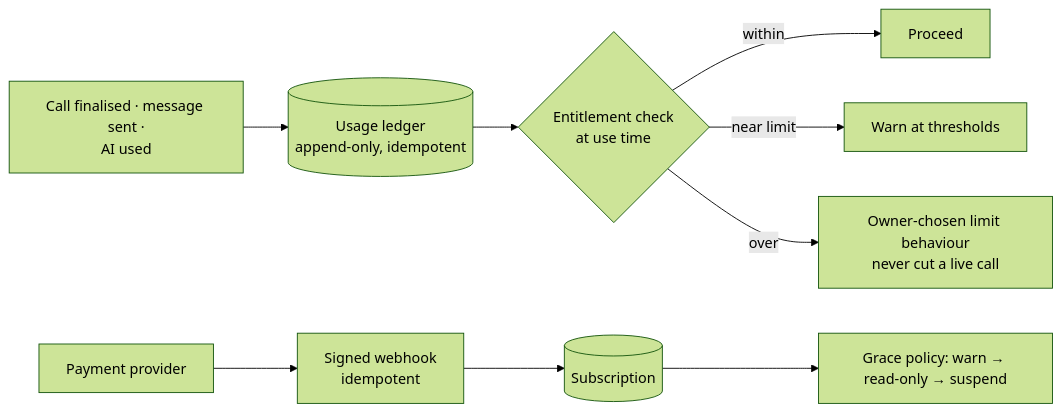
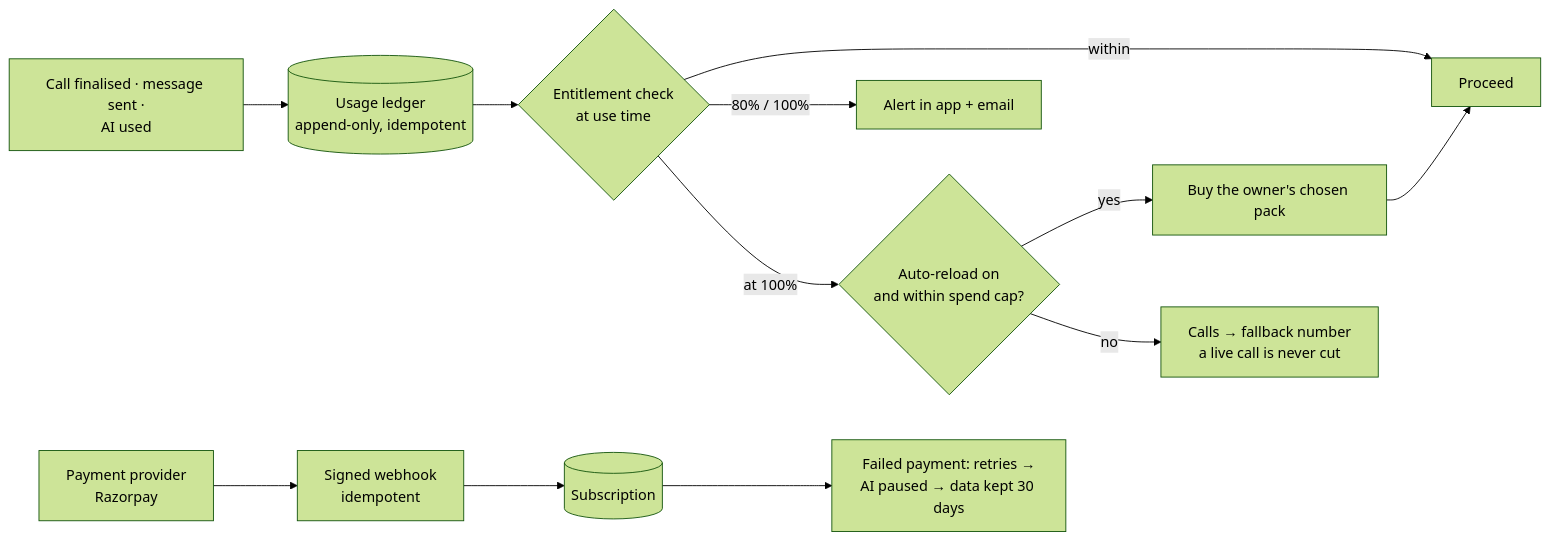
Before and after one commit to singhdhruv525-source/Zella-AI: diagram 19 of 23 in docs/ARCHITECTURE.md, drawn with Mermaid (forest theme). The commit also changed other lines of this file and 1 other file, not shown here.

First line of the commit message:
Docs: the owner's billing, plans and refund policy in ARCHITECTURE §17

````diff
--- a/docs/ARCHITECTURE.md
+++ b/docs/ARCHITECTURE.md
@@ -1423,10 +1426,12 @@
 ```mermaid
 flowchart LR
   ev[Call finalised · message sent ·<br/>AI used] --> led[(Usage ledger<br/>append-only, idempotent)]
   led --> ent{Entitlement check<br/>at use time}
   ent -- within --> ok[Proceed]
-  ent -- near limit --> warn[Warn at thresholds]
-  ent -- over --> lim[Owner-chosen limit behaviour<br/>never cut a live call]
-  pp[Payment provider] --> wh[Signed webhook<br/>idempotent] --> sub[(Subscription)]
-  sub --> grace[Grace policy: warn → read-only → suspend]
+  ent -- 80% / 100% --> warn[Alert in app + email]
+  ent -- at 100% --> ar{Auto-reload on<br/>and within spend cap?}
+  ar -- yes --> pack[Buy the owner's chosen pack] --> ok
+  ar -- no --> lim[Calls → fallback number<br/>a live call is never cut]
+  pp[Payment provider<br/>Razorpay] --> wh[Signed webhook<br/>idempotent] --> sub[(Subscription)]
+  sub --> grace[Failed payment: retries →<br/>AI paused → data kept 30 days]
 ```
````
